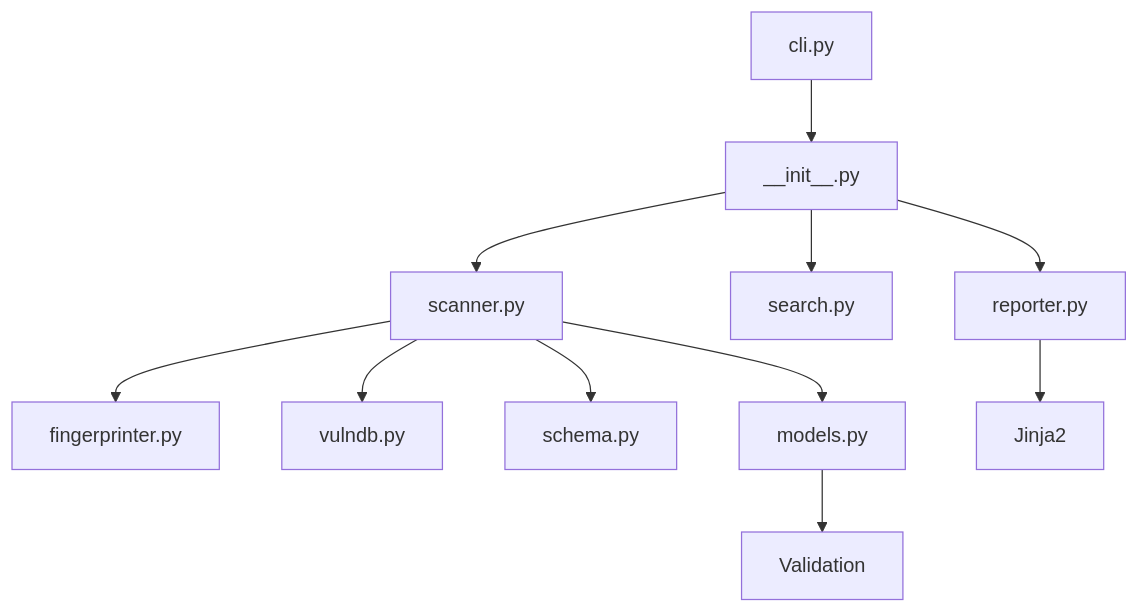
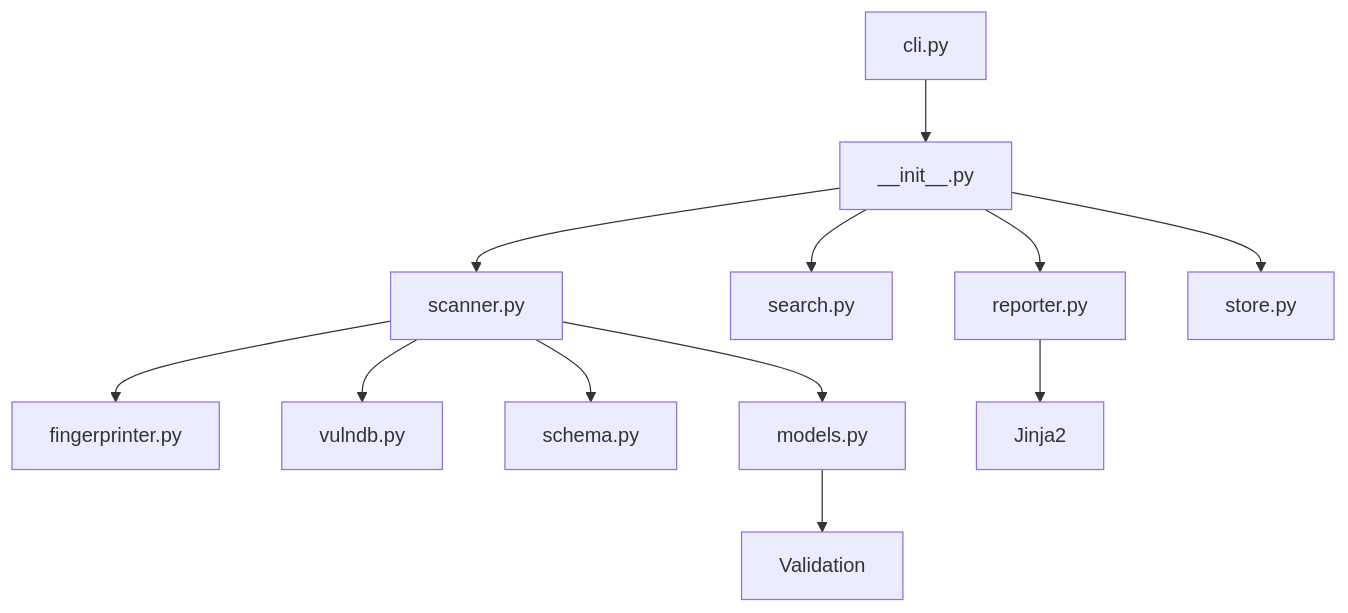
The diagram in README.md (ajendras/php-fossil), drawn with Mermaid before and after one commit. The commit also changed other lines of this file and 4 other files, not shown here.

````diff
--- a/README.md
+++ b/README.md
@@ -190,13 +210,14 @@
 ```mermaid
 flowchart TD
     CLI[cli.py] --> API[__init__.py]
     API --> Scanner[scanner.py]
     Scanner --> Fingerprinter[fingerprinter.py]
     Scanner --> VulnDB[vulndb.py]
     Scanner --> Schema[schema.py]
     API --> Search[search.py]
     API --> Reporter[reporter.py]
+    API --> Store[store.py]
     Reporter --> HTML[Jinja2]
     Scanner --> Models[models.py]
     Models --> Pydantic[Validation]
 ```
````
